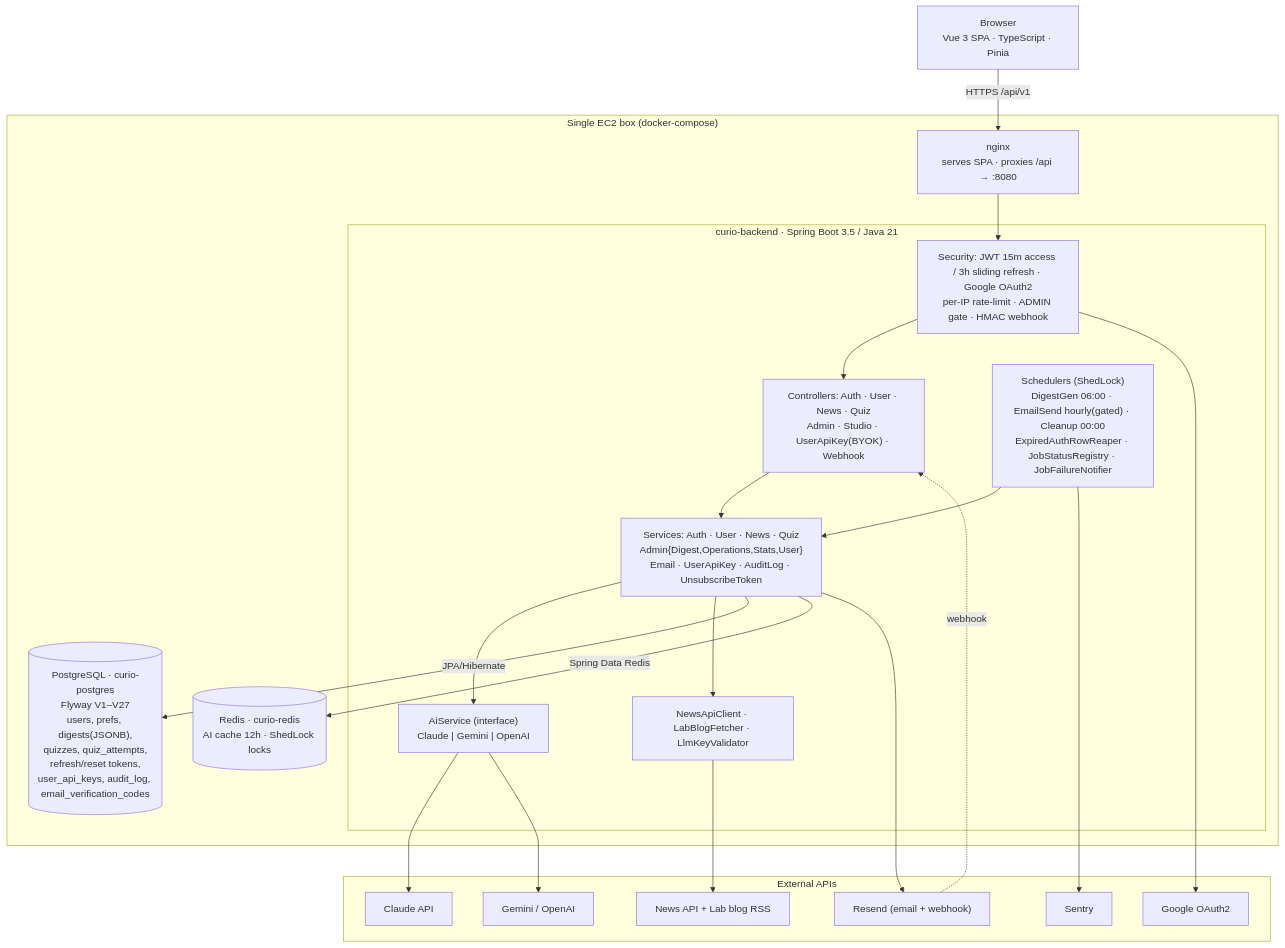
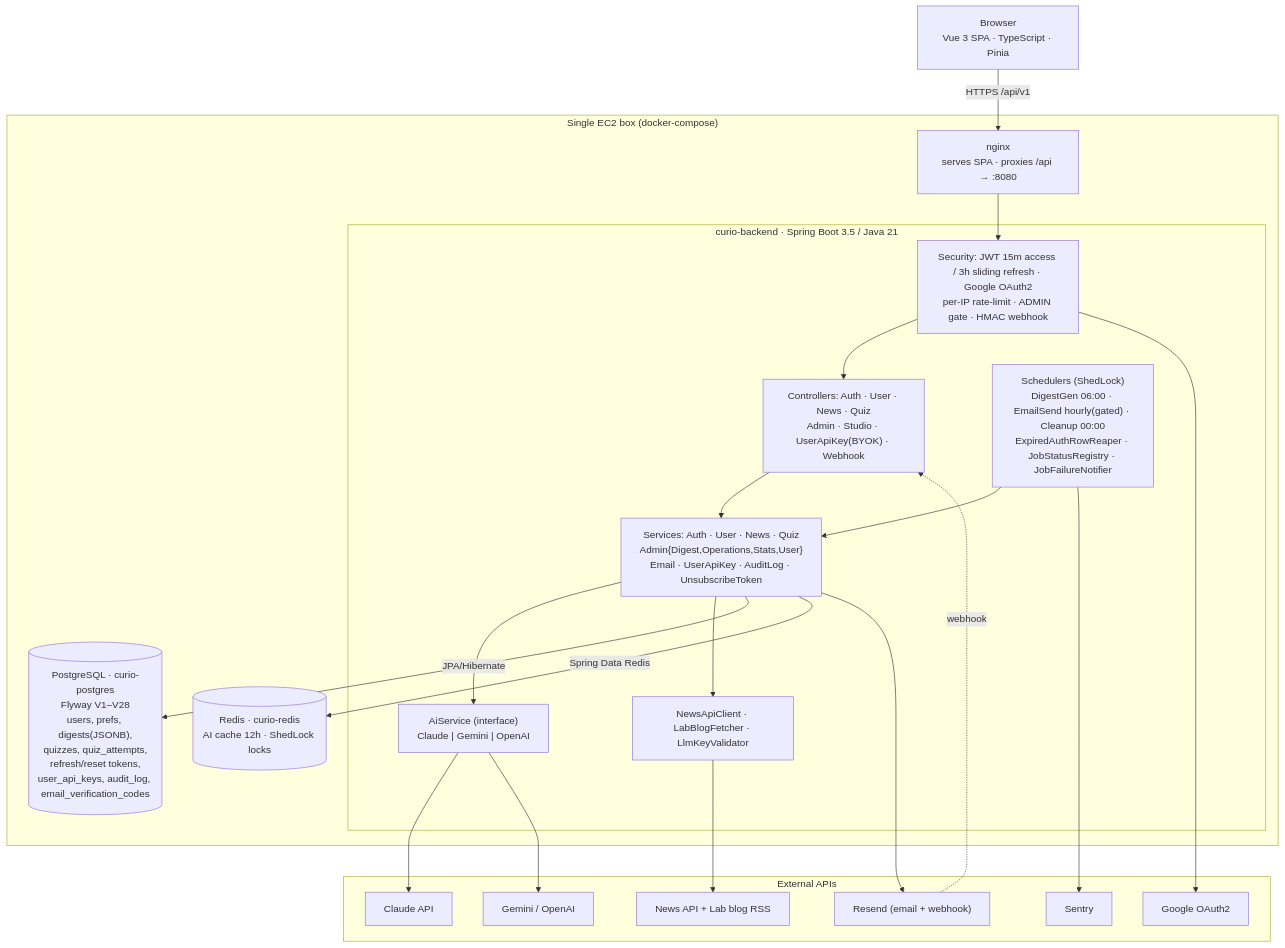
One commit to smyeong123/curio changed the diagram in docs/ARCHITECTURE.md. Above: the diagram before and after it, drawn with Mermaid. The commit also changed 3 other files, not shown here.

````diff
--- a/docs/ARCHITECTURE.md
+++ b/docs/ARCHITECTURE.md
@@ -9,43 +9,43 @@
 ```mermaid
 flowchart TB
     Browser["Browser<br/>Vue 3 SPA · TypeScript · Pinia"]
 
     subgraph EC2["Single EC2 box (docker-compose)"]
         Nginx["nginx<br/>serves SPA · proxies /api → :8080"]
 
         subgraph Backend["curio-backend · Spring Boot 3.5 / Java 21"]
             Sec["Security: JWT 15m access / 3h sliding refresh · Google OAuth2<br/>per-IP rate-limit · ADMIN gate · HMAC webhook"]
             Ctrl["Controllers: Auth · User · News · Quiz<br/>Admin · Studio · UserApiKey(BYOK) · Webhook"]
             Svc["Services: Auth · User · News · Quiz<br/>Admin{Digest,Operations,Stats,User}<br/>Email · UserApiKey · AuditLog · UnsubscribeToken"]
             AI["AiService (interface)<br/>Claude | Gemini | OpenAI"]
             Fetch["NewsApiClient · LabBlogFetcher · LlmKeyValidator"]
             Jobs["Schedulers (ShedLock)<br/>DigestGen 06:00 · EmailSend hourly(gated) · Cleanup 00:00<br/>ExpiredAuthRowReaper · JobStatusRegistry · JobFailureNotifier"]
             Ctrl --> Svc --> AI
             Svc --> Fetch
         end
 
-        PG[("PostgreSQL · curio-postgres<br/>Flyway V1–V27<br/>users, prefs, digests(JSONB),<br/>quizzes, quiz_attempts,<br/>refresh/reset tokens,<br/>user_api_keys, audit_log, email_verification_codes")]
+        PG[("PostgreSQL · curio-postgres<br/>Flyway V1–V28<br/>users, prefs, digests(JSONB),<br/>quizzes, quiz_attempts,<br/>refresh/reset tokens,<br/>user_api_keys, audit_log, email_verification_codes")]
         Redis[("Redis · curio-redis<br/>AI cache 12h · ShedLock locks")]
     end
 
     subgraph Ext["External APIs"]
         Claude["Claude API"]
         Gemini["Gemini / OpenAI"]
         NewsAPI["News API + Lab blog RSS"]
         Resend["Resend (email + webhook)"]
         Google["Google OAuth2"]
         Sentry["Sentry"]
     end
 
     Browser -->|HTTPS /api/v1| Nginx --> Sec --> Ctrl
     Svc -->|JPA/Hibernate| PG
     Svc -->|Spring Data Redis| Redis
     Jobs --> Svc
     AI --> Claude
     AI --> Gemini
     Fetch --> NewsAPI
     Svc --> Resend
     Sec --> Google
     Jobs --> Sentry
     Resend -.webhook.-> Ctrl
 ```
````
